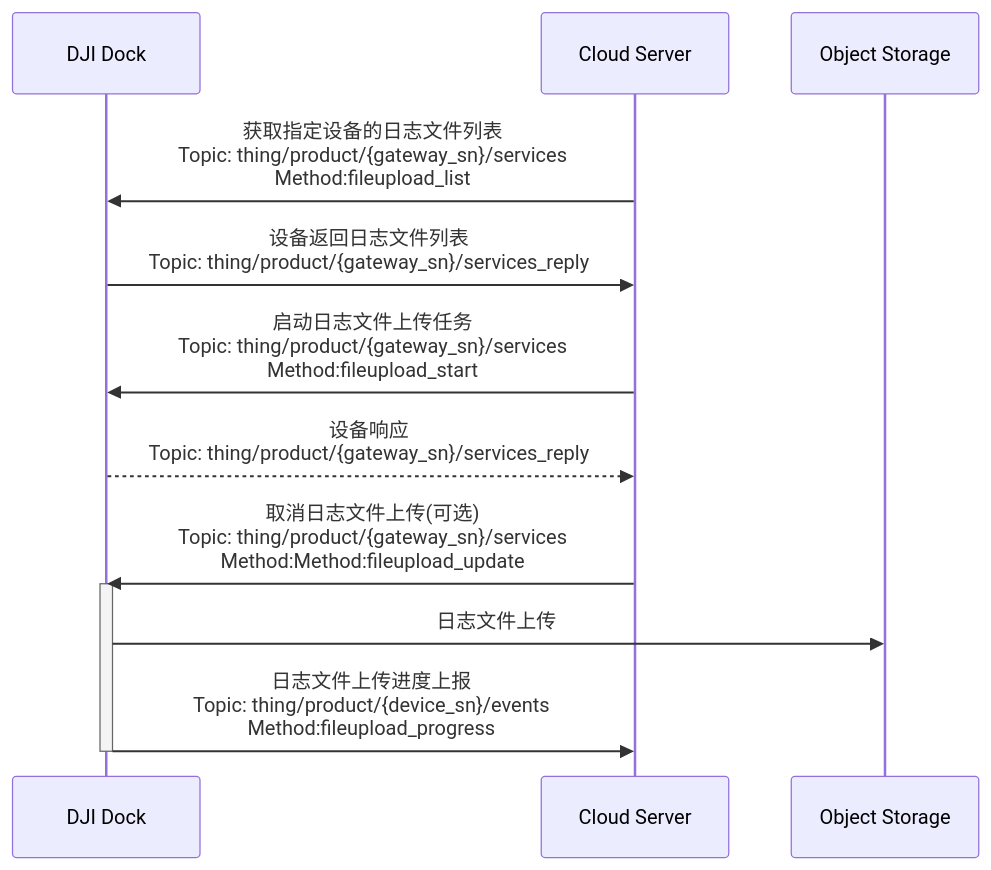
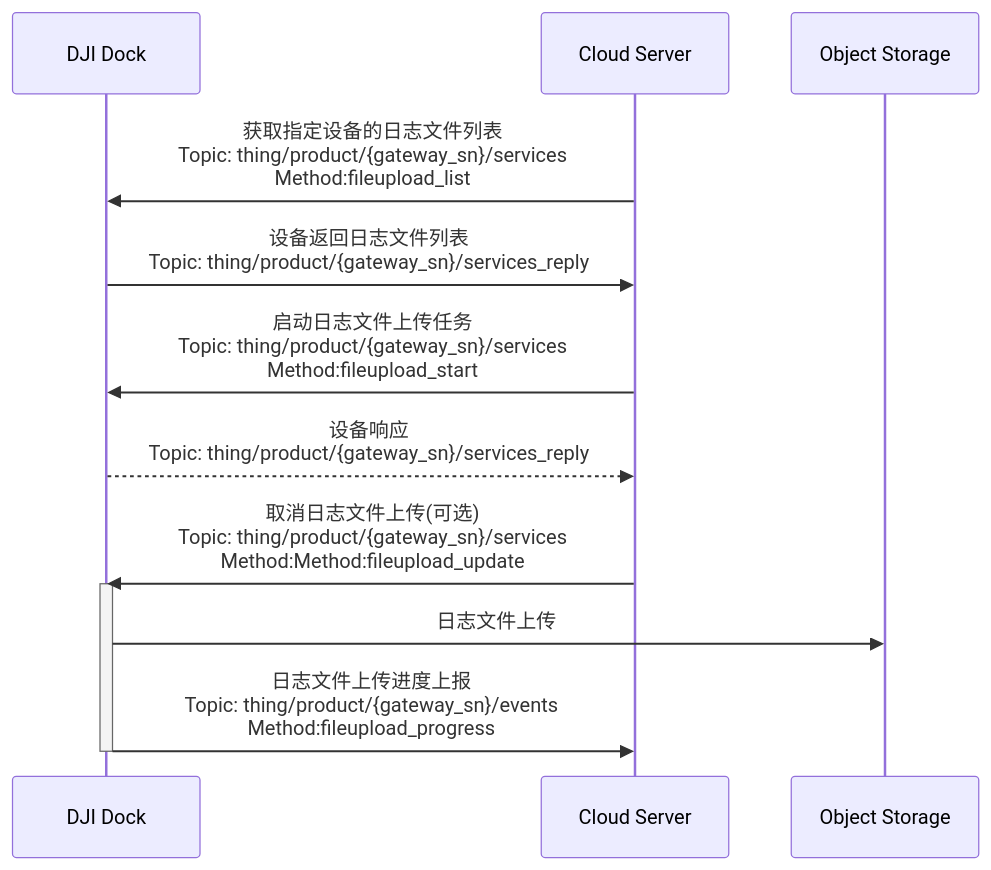
The diagram in docs/cn/30.feature-set/20.dock-feature-set/90.remote-log.md (dji-sdk/Cloud-API-Doc), drawn with Mermaid before and after one commit. The commit also changed other lines of this file and 152 other files, not shown here.

````diff
--- a/docs/cn/30.feature-set/20.dock-feature-set/90.remote-log.md
+++ b/docs/cn/30.feature-set/20.dock-feature-set/90.remote-log.md
@@ -13,20 +13,20 @@
 ```mermaid
 sequenceDiagram
 
 participant client as DJI Dock
 participant app_server as Cloud Server
 participant storage as Object Storage
 
 app_server ->> client : 获取指定设备的日志文件列表<br/>Topic: thing/product/{gateway_sn}/services<br/>Method:fileupload_list
 client ->> app_server : 设备返回日志文件列表<br/>Topic: thing/product/{gateway_sn}/services_reply
 
 app_server ->> client : 启动日志文件上传任务<br/>Topic: thing/product/{gateway_sn}/services<br/>Method:fileupload_start
 client -->> app_server  : 设备响应<br/>Topic: thing/product/{gateway_sn}/services_reply
 app_server ->> client : 取消日志文件上传(可选)<br/>Topic: thing/product/{gateway_sn}/services<br/>Method:Method:fileupload_update
 
 activate client
 client ->> storage : 日志文件上传
-client ->> app_server : 日志文件上传进度上报<br/>Topic: thing/product/{device_sn}/events<br/>Method:fileupload_progress
+client ->> app_server : 日志文件上传进度上报<br/>Topic: thing/product/{gateway_sn}/events<br/>Method:fileupload_progress
 deactivate client
 
 ```
````
